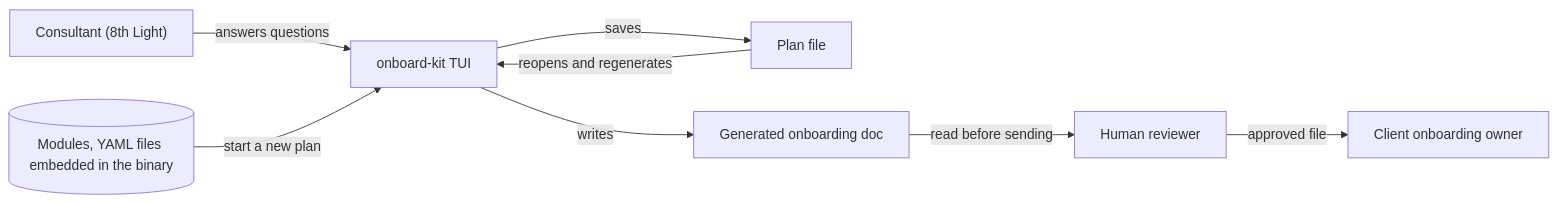
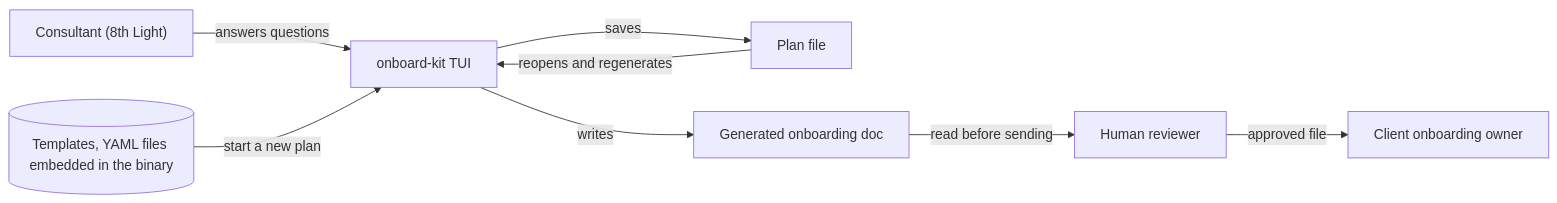
One commit to 8thlight-daveloper/onboard-kit changed the diagram in docs/architecture/context.md. Above: the diagram before and after it, drawn with Mermaid. The commit also changed other lines of this file and 22 other files, not shown here.

````diff
--- a/docs/architecture/context.md
+++ b/docs/architecture/context.md
@@ -12,18 +12,18 @@
 ```mermaid
 flowchart LR
     consultant["Consultant (8th Light)"]
     kit["onboard-kit TUI"]
-    modules[("Modules, YAML files embedded in the binary")]
+    templates[("Templates, YAML files embedded in the binary")]
     plan["Plan file"]
     doc["Generated onboarding doc"]
     reviewer["Human reviewer"]
     client["Client onboarding owner"]
 
     consultant -->|answers questions| kit
-    modules -->|start a new plan| kit
+    templates -->|start a new plan| kit
     kit -->|saves| plan
     plan -->|reopens and regenerates| kit
     kit -->|writes| doc
     doc -->|read before sending| reviewer
     reviewer -->|approved file| client
 ```
````
